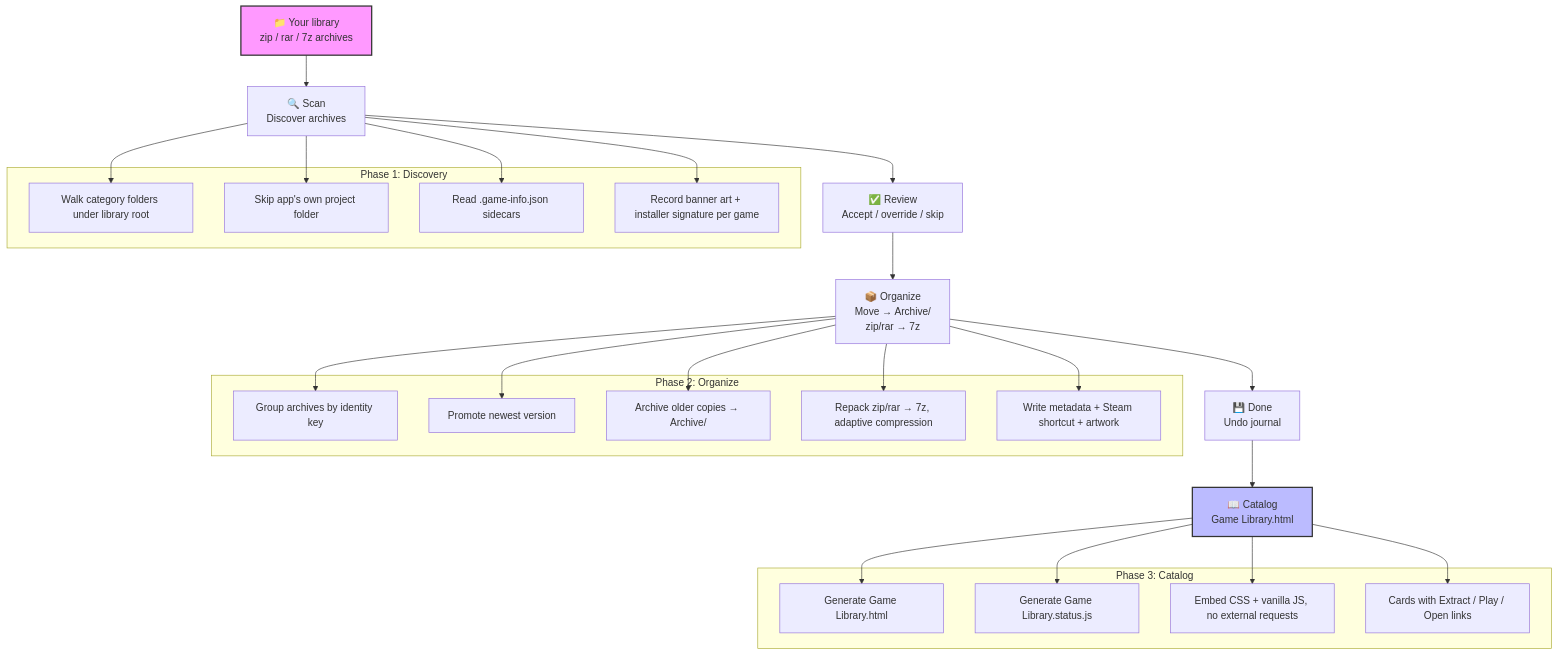
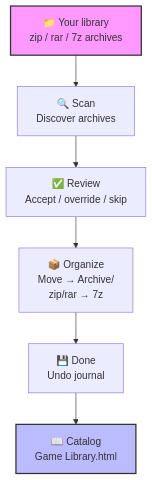
Before and after one commit to smd3235/steam-game-organizer: the first of 2 diagrams in README.md, drawn with Mermaid. The commit also changed other lines of this file and 10 other files, not shown here.

````diff
--- a/README.md
+++ b/README.md
@@ -520,47 +204,11 @@
 ```mermaid
 flowchart TD
     A[📁 Your library<br/>zip / rar / 7z archives] --> B[🔍 Scan<br/>Discover archives]
     B --> C[✅ Review<br/>Accept / override / skip]
     C --> D[📦 Organize<br/>Move → Archive/<br/>zip/rar → 7z]
     D --> E[💾 Done<br/>Undo journal]
     E --> F[📖 Catalog<br/>Game Library.html]
 
-    subgraph "Phase 1: Discovery"
-    B1[Walk category folders under library root]
-    B2[Skip app's own project folder]
-    B3[Read .game-info.json sidecars]
-    B4[Record banner art + installer signature per game]
-    end
-
-    subgraph "Phase 2: Organize"
-    D1[Group archives by identity key]
-    D2[Promote newest version]
-    D3[Archive older copies → Archive/]
-    D4[Repack zip/rar → 7z, adaptive compression]
-    D5[Write metadata + Steam shortcut + artwork]
-    end
-
-    subgraph "Phase 3: Catalog"
-    F1[Generate Game Library.html]
-    F2[Generate Game Library.status.js]
-    F3[Embed CSS + vanilla JS, no external requests]
-    F4[Cards with Extract / Play / Open links]
-    end
-
-    B --> B1
-    B --> B2
-    B --> B3
-    B --> B4
-    D --> D1
-    D --> D2
-    D --> D3
-    D --> D4
-    D --> D5
-    F --> F1
-    F --> F2
-    F --> F3
-    F --> F4
-
     style A fill:#f9f,stroke:#333,stroke-width:2px
     style F fill:#bbf,stroke:#333,stroke-width:2px
 ```
````
